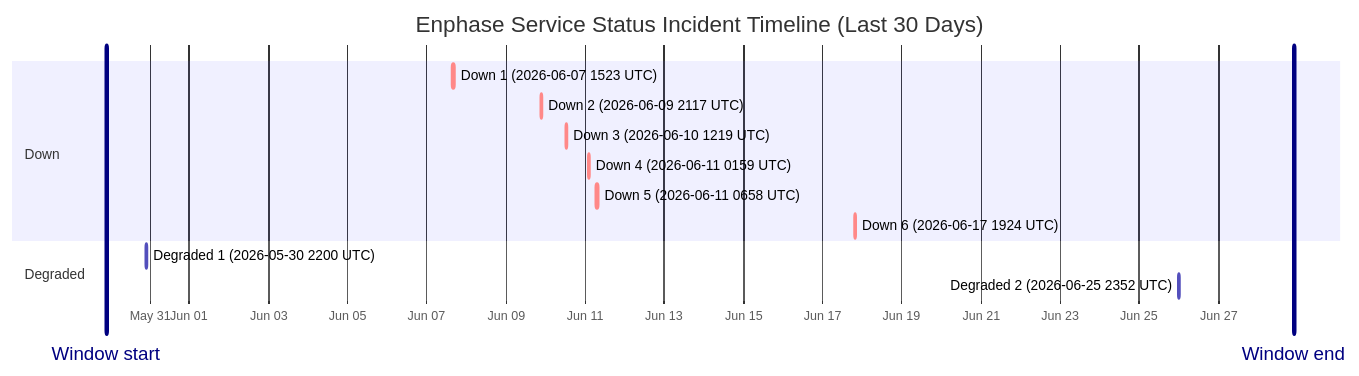
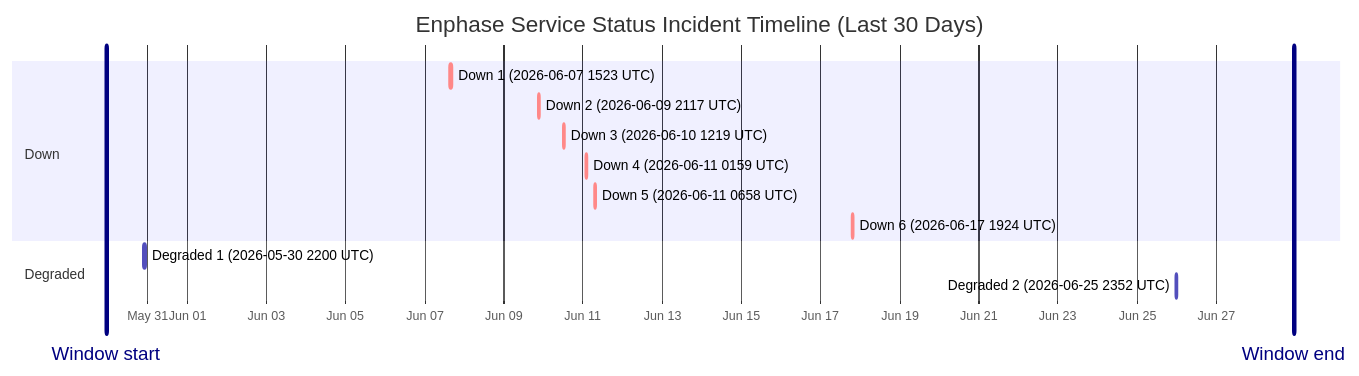
Before and after one commit to barneyonline/ha-enphase-energy: the diagram in wiki/Service-Status-History.md, drawn with Mermaid. The commit also changed other lines of this file and 3 other files, not shown here.

````diff
--- a/wiki/Service-Status-History.md
+++ b/wiki/Service-Status-History.md
@@ -14,18 +14,18 @@
 ```mermaid
 gantt
     title Enphase Service Status Incident Timeline (Last 30 Days)
     dateFormat  YYYY-MM-DDTHH:mm:ss
     axisFormat  %b %d
-    Window start :vert, window-start, 2026-05-29T21:37:31, 0ms
-    Window end :vert, window-end, 2026-06-28T21:37:31, 0ms
+    Window start :vert, window-start, 2026-05-29T23:00:38, 0ms
+    Window end :vert, window-end, 2026-06-28T23:00:38, 0ms
     section Down
     Down 1 (2026-06-07 1523 UTC) :crit, down-1, 2026-06-07T15:23:22, 87m
     Down 2 (2026-06-09 2117 UTC) :crit, down-2, 2026-06-09T21:17:17, 60m
     Down 3 (2026-06-10 1219 UTC) :crit, down-3, 2026-06-10T12:19:21, 60m
     Down 4 (2026-06-11 0159 UTC) :crit, down-4, 2026-06-11T01:59:36, 60m
     Down 5 (2026-06-11 0658 UTC) :crit, down-5, 2026-06-11T06:58:45, 60m
     Down 6 (2026-06-17 1924 UTC) :crit, down-6, 2026-06-17T19:24:51, 60m
     section Degraded
     Degraded 1 (2026-05-30 2200 UTC) :active, degraded-1, 2026-05-30T22:00:37, 60m
     Degraded 2 (2026-06-25 2352 UTC) :active, degraded-2, 2026-06-25T23:52:01, 60m
 ```
````
